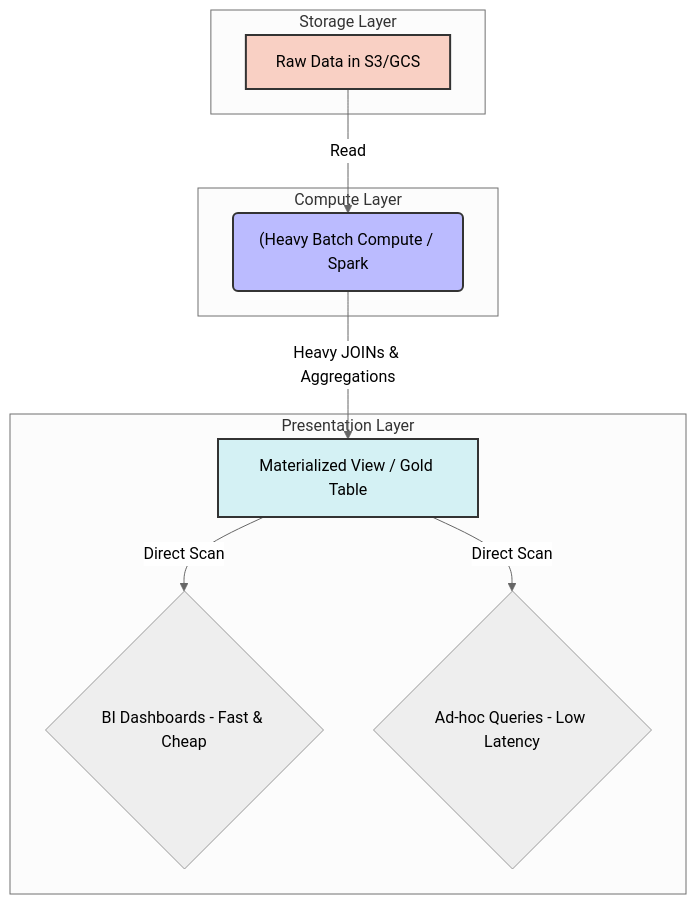
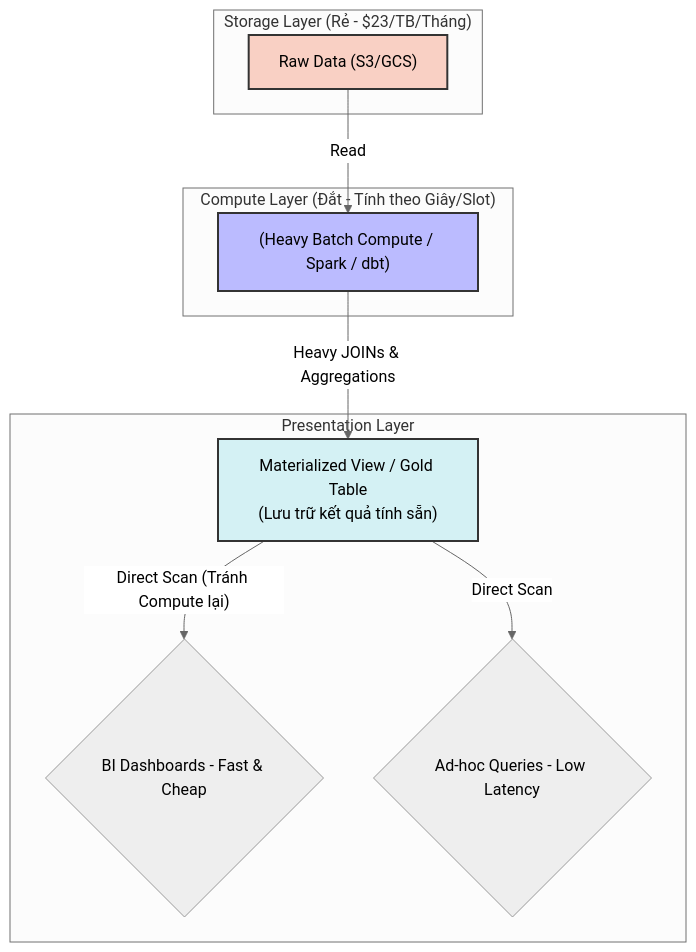
Before and after one commit to kythuatdulieu/kythuatdulieu.github.io: the diagram in src/content/docs/concepts/8-security-governance-finops/cost-optimization.md, drawn with Mermaid (neutral theme). The commit also changed other lines of this file and 213 other files, not shown here.

Commit message:
Fix syntax and rewrite 200+ concepts docs to deep-dive system architecture and add GA4 tracking to quiz app

````diff
--- a/src/content/docs/concepts/8-security-governance-finops/cost-optimization.md
+++ b/src/content/docs/concepts/8-security-governance-finops/cost-optimization.md
@@ -31,25 +32,25 @@
 ```mermaid
 graph TD
-    subgraph Storage Layer
-      A["Raw Data in S3/GCS"]
+    subgraph Storage_Layer["Storage Layer (Rẻ - $23/TB/Tháng)"]
+      A["Raw Data (S3/GCS)"]
     end
     
-    subgraph Compute Layer
-      B("(Heavy Batch Compute / Spark")
+    subgraph Compute_Layer["Compute Layer (Đắt - Tính theo Giây/Slot)"]
+        B["(Heavy Batch Compute / Spark / dbt)"]
     end
     
-    subgraph Presentation Layer
-      C["Materialized View / Gold Table"]
+    subgraph Presentation_Layer["Presentation Layer"]
+      C["Materialized View / Gold Table\n(Lưu trữ kết quả tính sẵn)"]
       D{"BI Dashboards - Fast & Cheap"}
       E{"Ad-hoc Queries - Low Latency"}
     end
 
     A -->|Read| B
     B -->|Heavy JOINs & Aggregations| C
-    C -->|Direct Scan| D
+    C -->|"Direct Scan (Tránh Compute lại)"| D
     C -->|Direct Scan| E
     
     style A fill:#f9d0c4,stroke:#333,stroke-width:2px
     style B fill:#bbf,stroke:#333,stroke-width:2px
     style C fill:#d4f1f4,stroke:#333,stroke-width:2px
 ```
````
